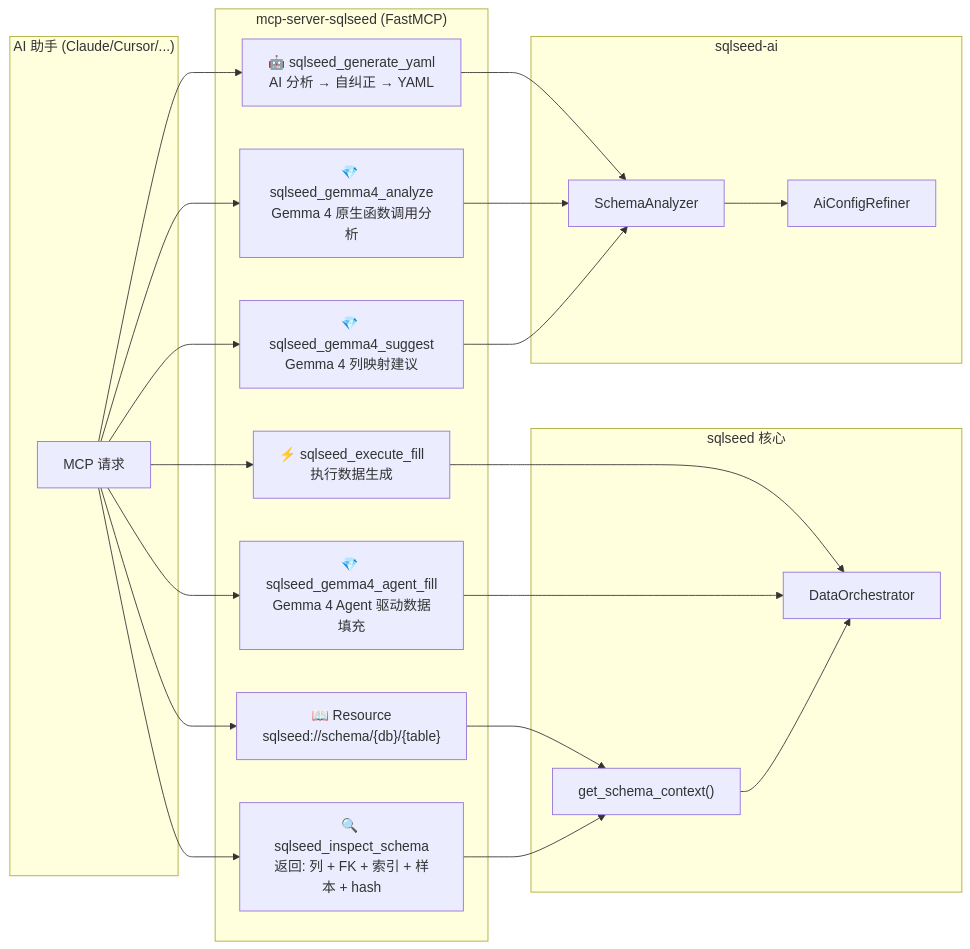
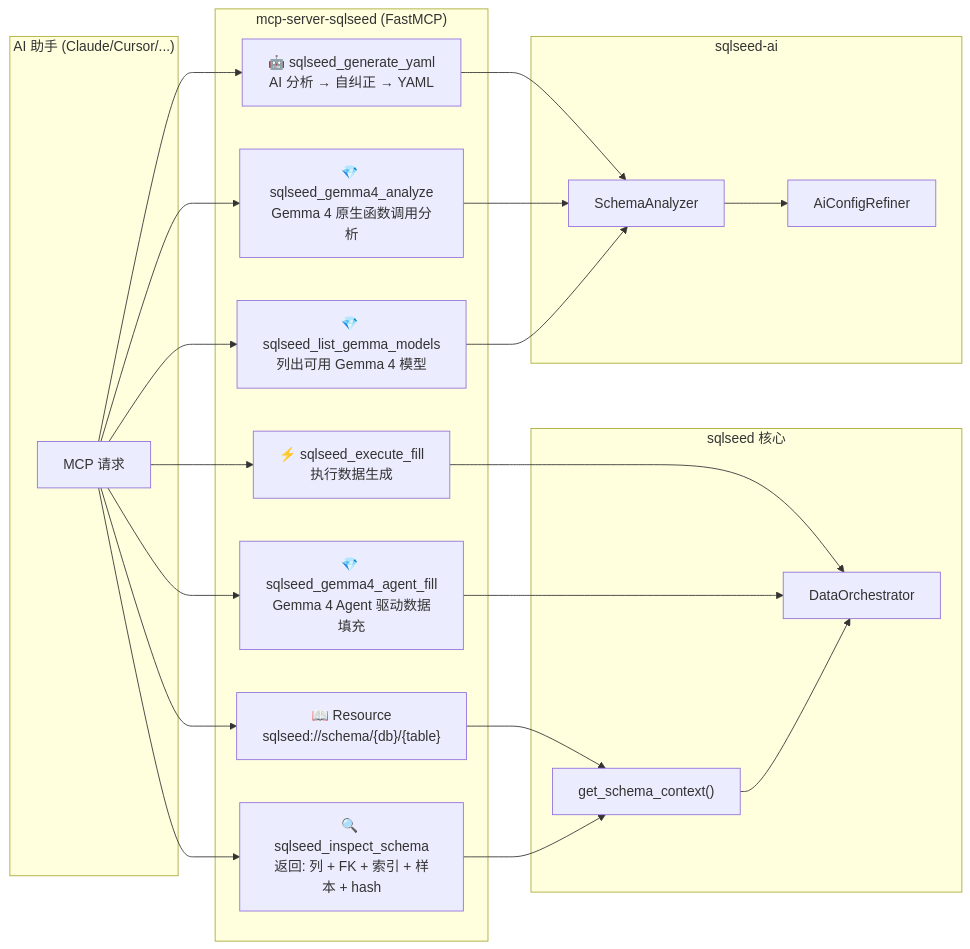
The tenth of 11 diagrams in docs/architecture.zh-CN.md (sunbos/sqlseed), drawn with Mermaid before and after one commit. The commit also changed other lines of this file and 6 other files, not shown here.

````diff
--- a/docs/architecture.zh-CN.md
+++ b/docs/architecture.zh-CN.md
@@ -626,44 +627,44 @@
 ```mermaid
 flowchart LR
     subgraph Client["AI 助手 (Claude/Cursor/...)"]
         Request["MCP 请求"]
     end
 
     subgraph MCPServer["mcp-server-sqlseed (FastMCP)"]
         Resource["📖 Resource<br/>sqlseed://schema/{db}/{table}"]
         Tool1["🔍 sqlseed_inspect_schema<br/>返回: 列 + FK + 索引 + 样本 + hash"]
         Tool2["🤖 sqlseed_generate_yaml<br/>AI 分析 → 自纠正 → YAML"]
         Tool3["⚡ sqlseed_execute_fill<br/>执行数据生成"]
         Tool4["💎 sqlseed_gemma4_analyze<br/>Gemma 4 原生函数调用分析"]
         Tool5["💎 sqlseed_gemma4_agent_fill<br/>Gemma 4 Agent 驱动数据填充"]
-        Tool6["💎 sqlseed_gemma4_suggest<br/>Gemma 4 列映射建议"]
+        Tool6["💎 sqlseed_list_gemma_models<br/>列出可用 Gemma 4 模型"]
     end
 
     subgraph SQLSeed["sqlseed 核心"]
         Orchestrator["DataOrchestrator"]
         SchemaCtx["get_schema_context()"]
     end
 
     subgraph AIPlugin["sqlseed-ai"]
         SA["SchemaAnalyzer"]
         ACR["AiConfigRefiner"]
     end
 
     Request --> Resource
     Request --> Tool1
     Request --> Tool2
     Request --> Tool3
     Request --> Tool4
     Request --> Tool5
     Request --> Tool6
 
     Resource --> SchemaCtx
     Tool1 --> SchemaCtx
     Tool2 --> SA --> ACR
     Tool3 --> Orchestrator
     Tool4 --> SA
     Tool5 --> Orchestrator
     Tool6 --> SA
 
     SchemaCtx --> Orchestrator
 ```
````
